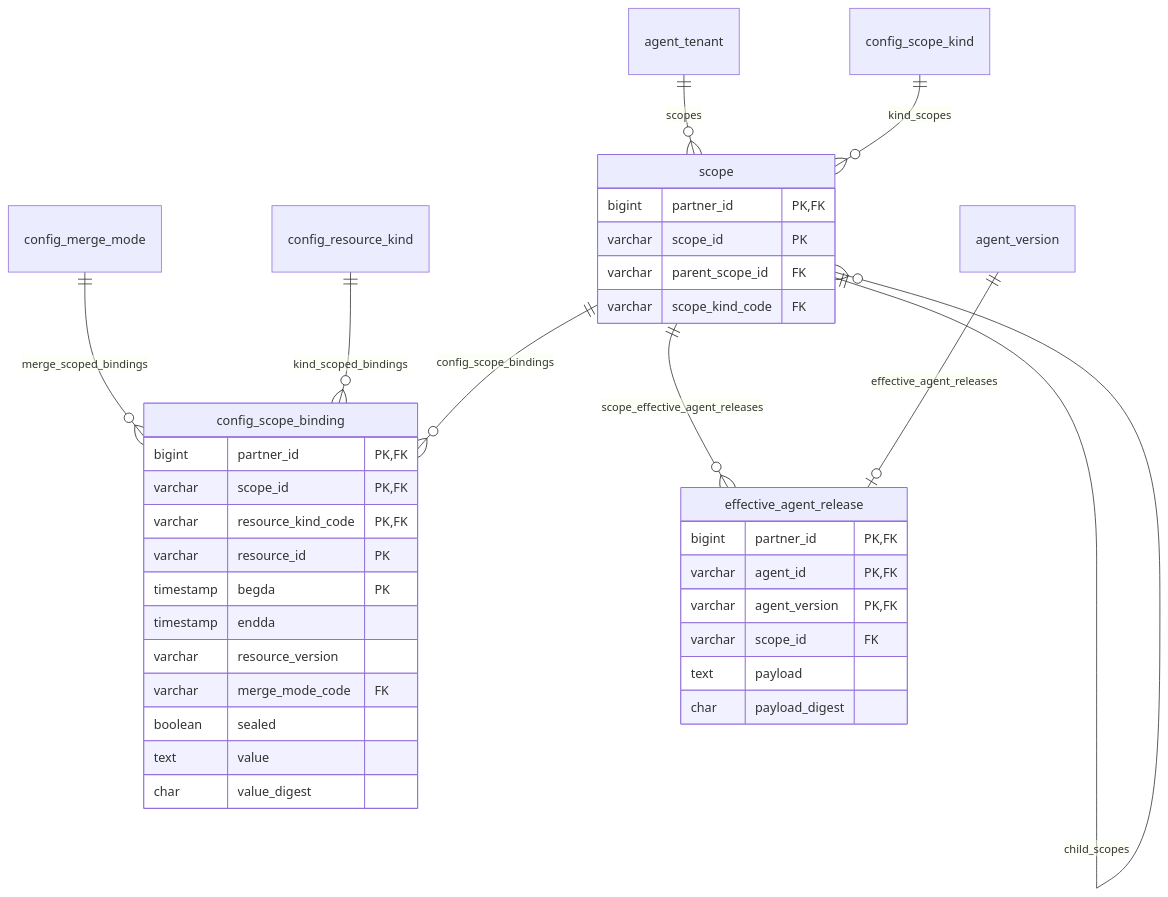
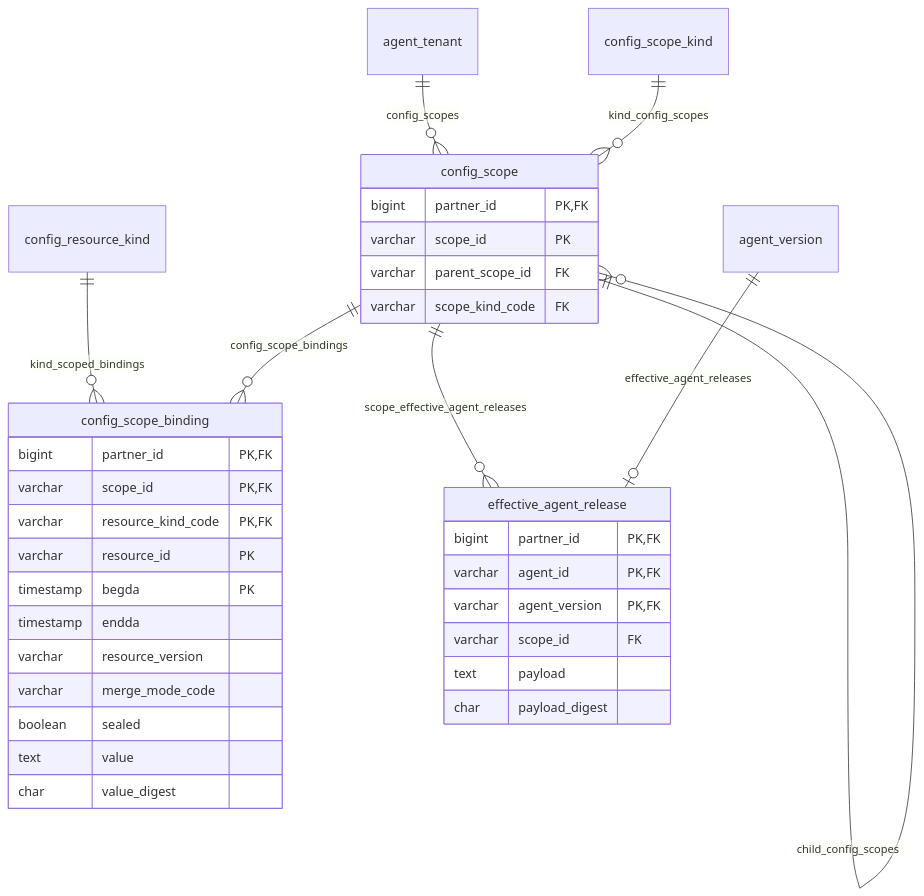
The tenth of 21 diagrams in doc/database.md (nauticana/scout), drawn with Mermaid before and after one commit. The commit also changed other lines of this file and 271 other files, not shown here.

````diff
--- a/doc/database.md
+++ b/doc/database.md
@@ -949,39 +1052,38 @@
 ```mermaid
 erDiagram
-    config_merge_mode ||--o{ config_scope_binding : merge_scoped_bindings
     config_resource_kind ||--o{ config_scope_binding : kind_scoped_bindings
-    agent_tenant ||--o{ scope : scopes
-    config_scope_kind ||--o{ scope : kind_scopes
-    scope ||--o{ scope : child_scopes
-    scope ||--o{ config_scope_binding : config_scope_bindings
-    scope ||--o{ effective_agent_release : scope_effective_agent_releases
+    agent_tenant ||--o{ config_scope : config_scopes
+    config_scope_kind ||--o{ config_scope : kind_config_scopes
+    config_scope ||--o{ config_scope : child_config_scopes
+    config_scope ||--o{ config_scope_binding : config_scope_bindings
+    config_scope ||--o{ effective_agent_release : scope_effective_agent_releases
     agent_version ||--o| effective_agent_release : effective_agent_releases
 
-    scope {
+    config_scope {
         bigint partner_id PK,FK
         varchar scope_id PK
         varchar parent_scope_id FK
         varchar scope_kind_code FK
     }
     config_scope_binding {
         bigint partner_id PK,FK
         varchar scope_id PK,FK
         varchar resource_kind_code PK,FK
         varchar resource_id PK
         timestamp begda PK
         timestamp endda
         varchar resource_version
-        varchar merge_mode_code FK
+        varchar merge_mode_code
         boolean sealed
         text value
         char value_digest
     }
     effective_agent_release {
         bigint partner_id PK,FK
         varchar agent_id PK,FK
         varchar agent_version PK,FK
         varchar scope_id FK
         text payload
         char payload_digest
     }
 ```
````
